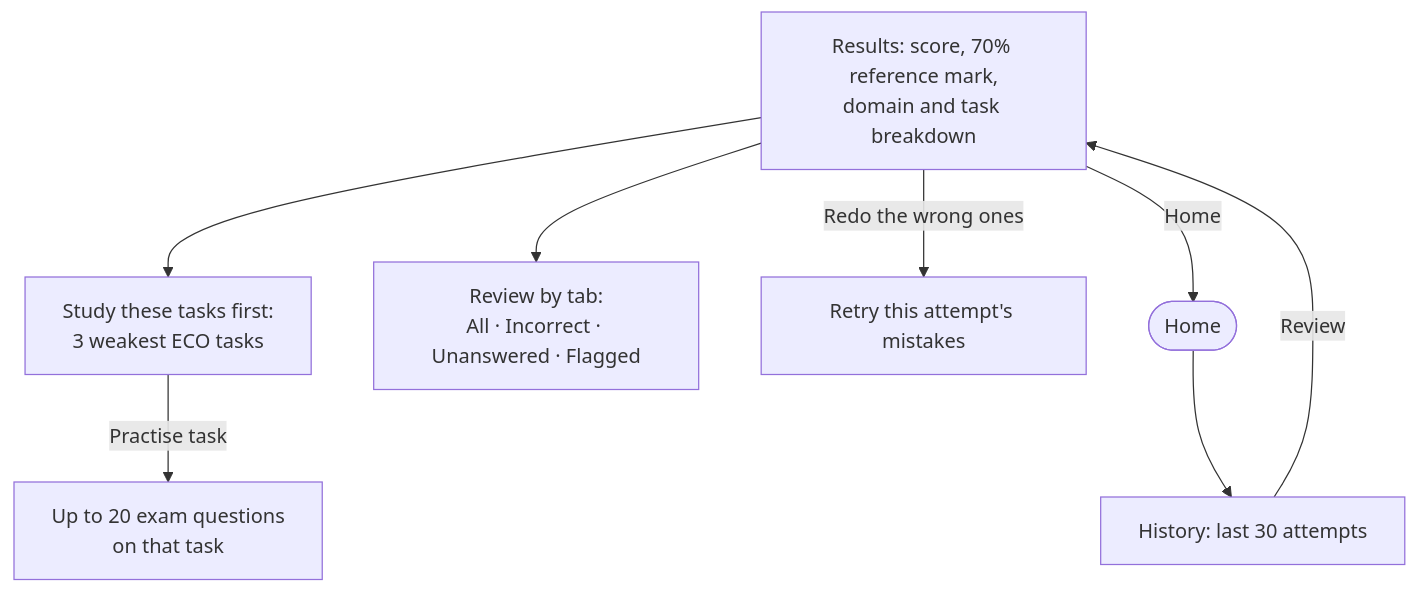
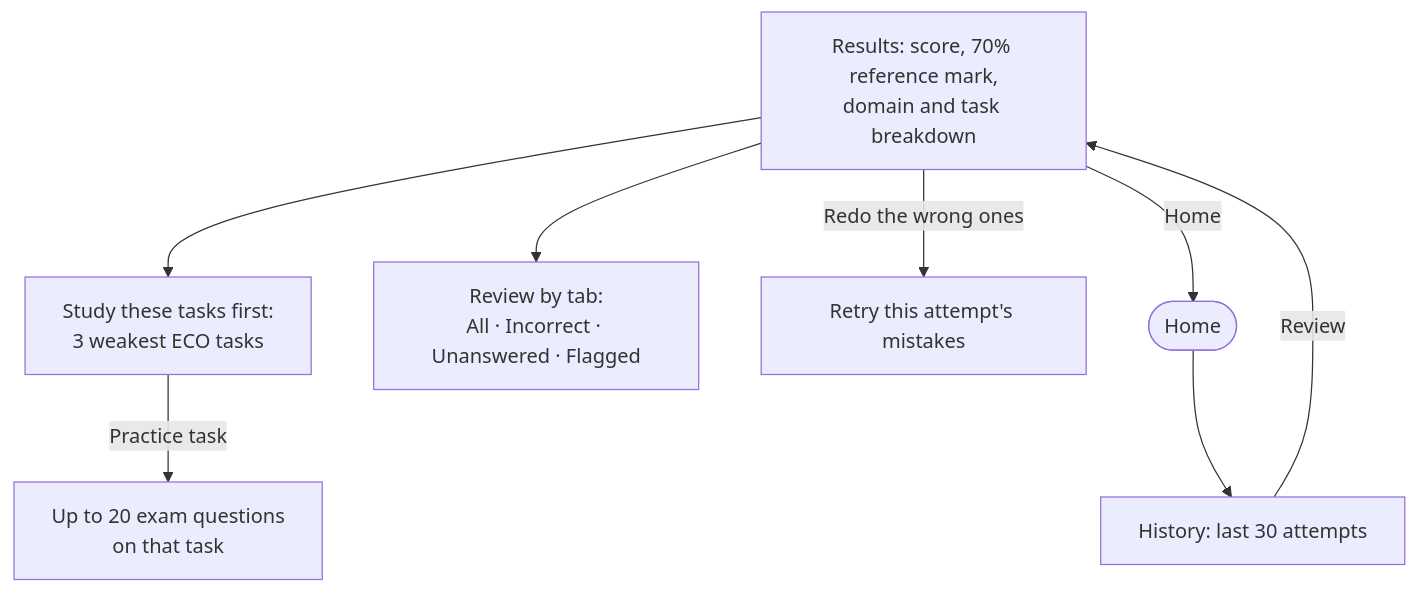
The fourth of 5 diagrams in docs/user-flow.md (Augustine-debug/capm-practice-room), drawn with Mermaid before and after one commit. The commit also changed other lines of this file and 5 other files, not shown here.

````diff
--- a/docs/user-flow.md
+++ b/docs/user-flow.md
@@ -72,10 +72,10 @@
 ```mermaid
 flowchart TD
   R[Results: score, 70% reference mark,<br/>domain and task breakdown] --> Weak[Study these tasks first:<br/>3 weakest ECO tasks]
-  Weak -->|Practise task| Practice[Up to 20 exam questions<br/>on that task]
+  Weak -->|Practice task| Practice[Up to 20 exam questions<br/>on that task]
   R --> Review[Review by tab:<br/>All · Incorrect · Unanswered · Flagged]
   R -->|Redo the wrong ones| RetryThis[Retry this attempt's mistakes]
   R -->|Home| Home([Home])
   Home --> Hist[History: last 30 attempts]
   Hist -->|Review| R
 ```
````
